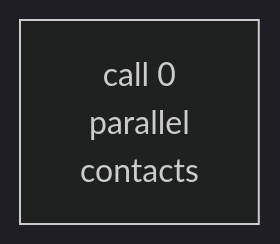
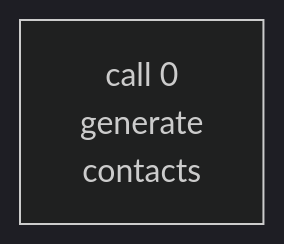
The second of 2 diagrams in experiments/probabilistic_dataflow/debug_outputs/contacts.md (marin-community/marin), drawn with Mermaid (dark theme) before and after one commit. The commit also changed other lines of this file and 15 other files, not shown here.

````diff
--- a/experiments/probabilistic_dataflow/debug_outputs/contacts.md
+++ b/experiments/probabilistic_dataflow/debug_outputs/contacts.md
@@ -32,4 +29,4 @@
 ```mermaid
 flowchart LR
-  c0["call 0<br/>parallel<br/>contacts"]
+  c0["call 0<br/>generate<br/>contacts"]
 ```
````
